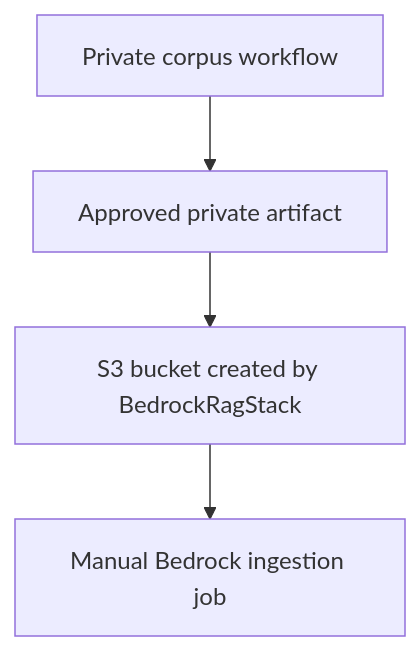
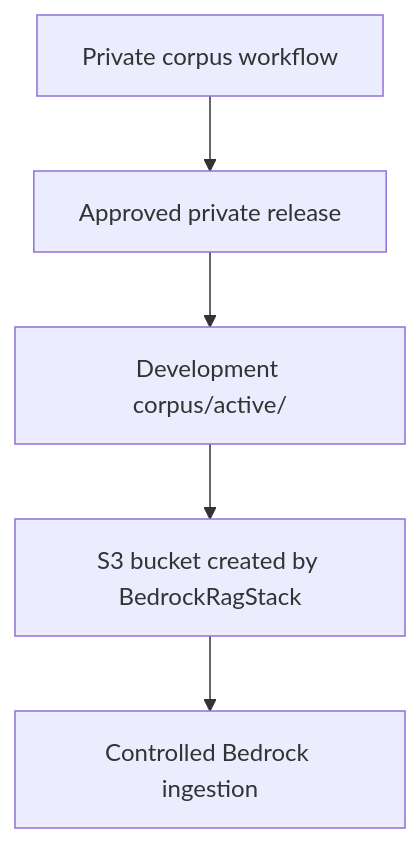
The second of 2 diagrams in .agents/bedrock-rag-api-reference.md (ava-collins/simple-tarot), drawn with Mermaid before and after one commit. The commit also changed other lines of this file and 11 other files, not shown here.

Commit message:
feat:bedrock corpus private boundaries

````diff
--- a/.agents/bedrock-rag-api-reference.md
+++ b/.agents/bedrock-rag-api-reference.md
@@ -139,11 +139,13 @@
 ```mermaid
 flowchart TB
     Owner["Private corpus workflow"]
-    Artifact["Approved private artifact"]
+    Release["Approved private release"]
     S3["S3 bucket created by BedrockRagStack"]
-    Sync["Manual Bedrock ingestion job"]
+    Active["Development corpus/active/"]
+    Sync["Controlled Bedrock ingestion"]
 
-    Owner --> Artifact
-    Artifact --> S3
+    Owner --> Release
+    Release --> Active
+    Active --> S3
     S3 --> Sync
 ```
````
